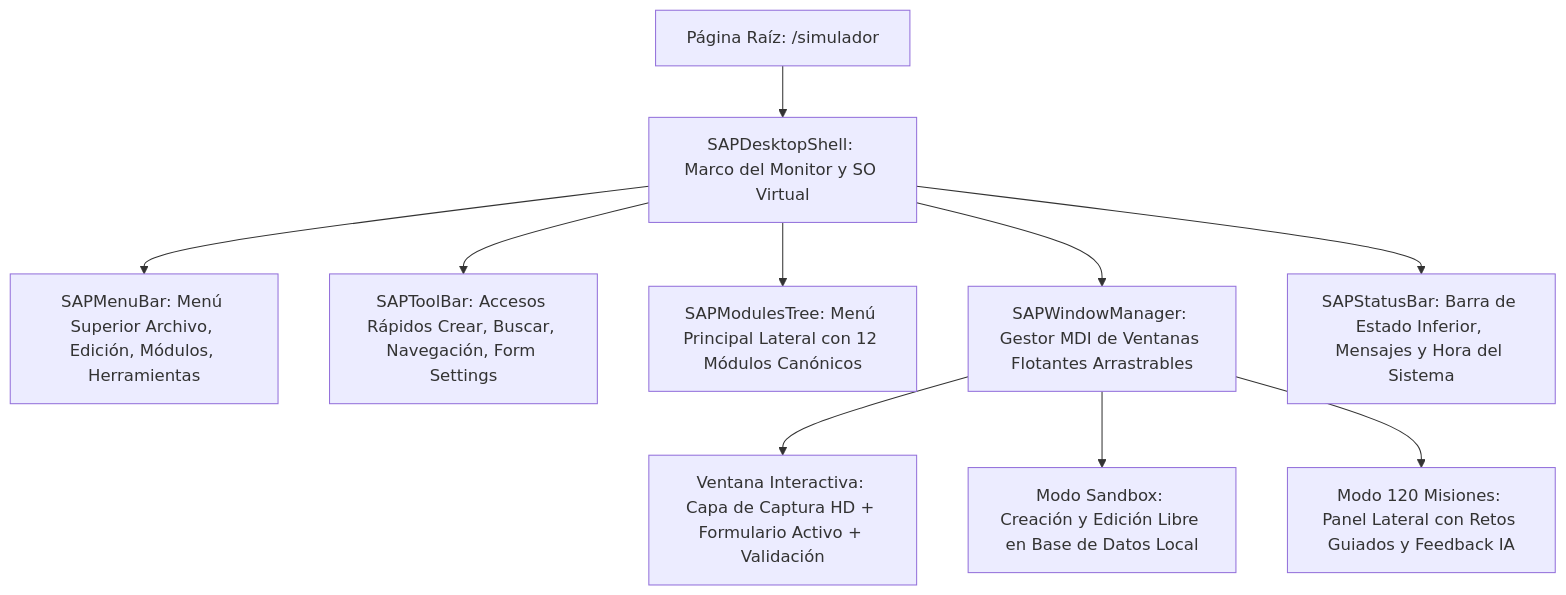
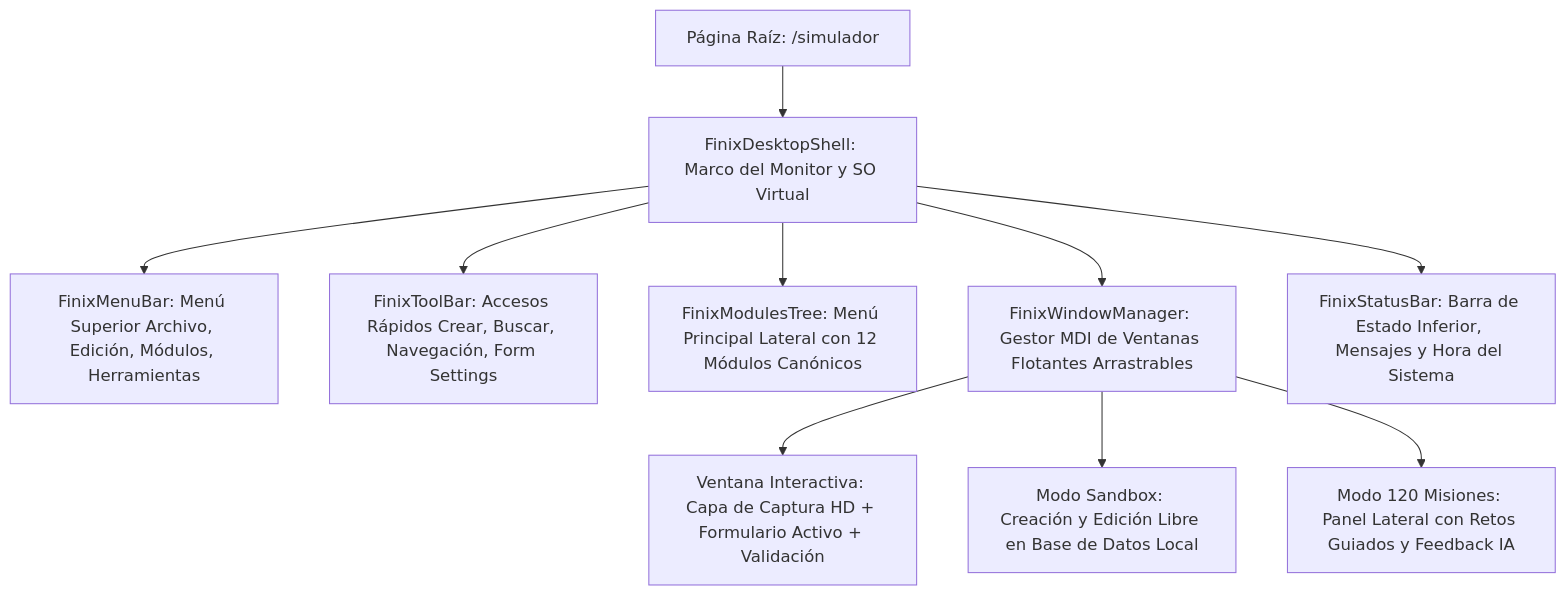
One commit to pablofgarciaf/B1-ACADEMY changed the diagram in docs/09_Simulador_Integral_Desktop.md. Above: the diagram before and after it, drawn with Mermaid. The commit also changed other lines of this file and 4125 other files, not shown here.

````diff
--- a/docs/09_Simulador_Integral_Desktop.md
+++ b/docs/09_Simulador_Integral_Desktop.md
@@ -13,13 +13,13 @@
 ```mermaid
 graph TD
-    A[Página Raíz: /simulador] --> B[SAPDesktopShell: Marco del Monitor y SO Virtual]
-    B --> C[SAPMenuBar: Menú Superior Archivo, Edición, Módulos, Herramientas]
-    B --> D[SAPToolBar: Accesos Rápidos Crear, Buscar, Navegación, Form Settings]
-    B --> E[SAPModulesTree: Menú Principal Lateral con 12 Módulos Canónicos]
-    B --> F[SAPWindowManager: Gestor MDI de Ventanas Flotantes Arrastrables]
-    B --> G[SAPStatusBar: Barra de Estado Inferior, Mensajes y Hora del Sistema]
+    A[Página Raíz: /simulador] --> B[FinixDesktopShell: Marco del Monitor y SO Virtual]
+    B --> C[FinixMenuBar: Menú Superior Archivo, Edición, Módulos, Herramientas]
+    B --> D[FinixToolBar: Accesos Rápidos Crear, Buscar, Navegación, Form Settings]
+    B --> E[FinixModulesTree: Menú Principal Lateral con 12 Módulos Canónicos]
+    B --> F[FinixWindowManager: Gestor MDI de Ventanas Flotantes Arrastrables]
+    B --> G[FinixStatusBar: Barra de Estado Inferior, Mensajes y Hora del Sistema]
     
     F --> H[Ventana Interactiva: Capa de Captura HD + Formulario Activo + Validación]
     F --> I[Modo Sandbox: Creación y Edición Libre en Base de Datos Local]
     F --> J[Modo 120 Misiones: Panel Lateral con Retos Guiados y Feedback IA]
 ```
````
